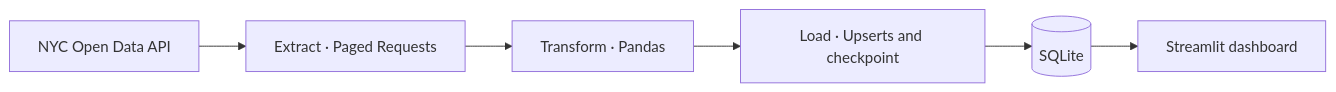
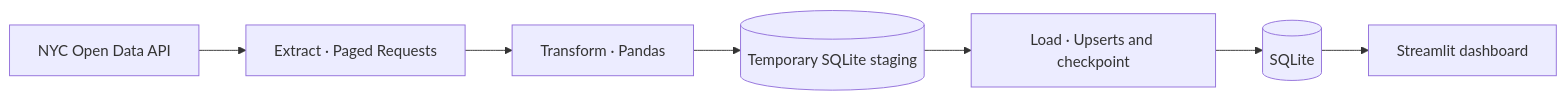
Before and after one commit to mus2325/nyc-urban-data-intelligence: the diagram in README.md, drawn with Mermaid. The commit also changed other lines of this file and 4 other files, not shown here.

````diff
--- a/README.md
+++ b/README.md
@@ -34,11 +35,12 @@
 ```mermaid
 flowchart LR
     source["NYC Open Data API"]
     extract["Extract · Paged Requests"]
     transform["Transform · Pandas"]
+    stage[("Temporary SQLite staging")]
     load["Load · Upserts and checkpoint"]
     store[("SQLite")]
     app["Streamlit dashboard"]
 
-    source --> extract --> transform --> load --> store --> app
+    source --> extract --> transform --> stage --> load --> store --> app
 ```
````
